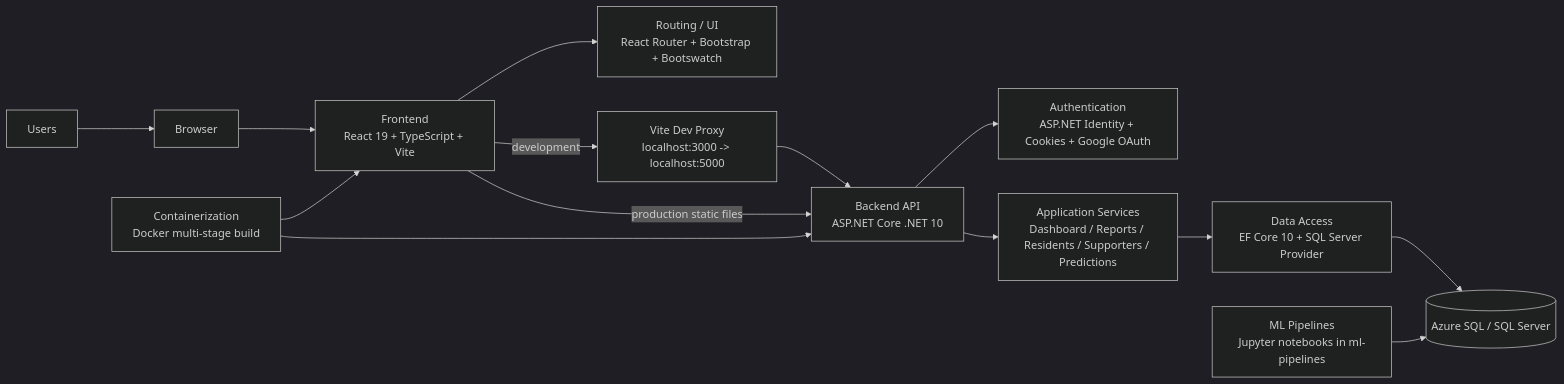
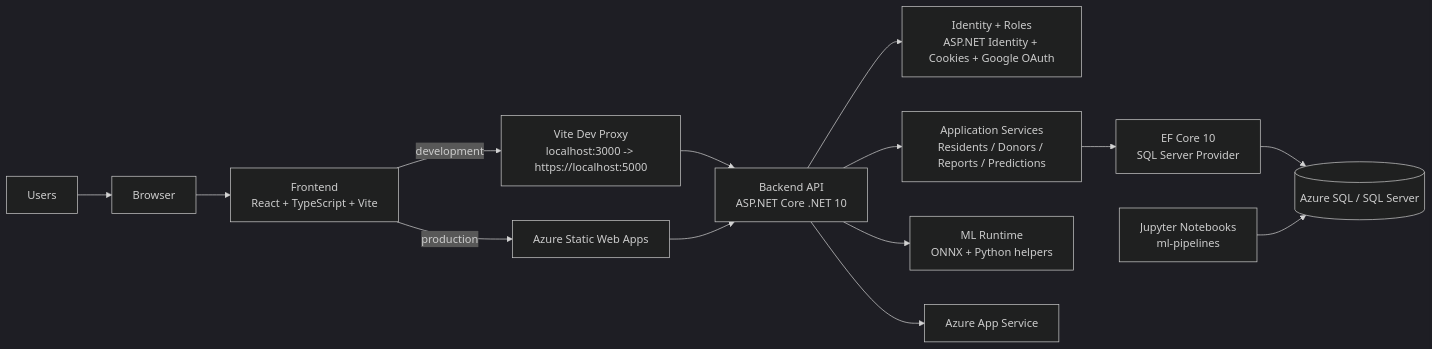
Before and after one commit to peteryoungbyu/IntexGroup1-9: the diagram in README.md, drawn with Mermaid (dark theme). The commit also changed other lines of this file, not shown here.

````diff
--- a/README.md
+++ b/README.md
@@ -5,29 +45,30 @@
 ```mermaid
 flowchart LR
     U[Users]
     B[Browser]
-    F[Frontend<br/>React 19 + TypeScript + Vite]
-    R[Routing / UI<br/>React Router + Bootstrap + Bootswatch]
-    P[Vite Dev Proxy<br/>localhost:3000 -> localhost:5000]
+    F[Frontend<br/>React + TypeScript + Vite]
+    P[Vite Dev Proxy<br/>localhost:3000 -> https://localhost:5000]
     A[Backend API<br/>ASP.NET Core .NET 10]
-    I[Authentication<br/>ASP.NET Identity + Cookies + Google OAuth]
-    S[Application Services<br/>Dashboard / Reports / Residents / Supporters / Predictions]
-    EF[Data Access<br/>EF Core 10 + SQL Server Provider]
+    I[Identity + Roles<br/>ASP.NET Identity + Cookies + Google OAuth]
+    S[Application Services<br/>Residents / Donors / Reports / Predictions]
+    EF[EF Core 10<br/>SQL Server Provider]
     DB[(Azure SQL / SQL Server)]
-    ML[ML Pipelines<br/>Jupyter notebooks in ml-pipelines]
-    D[Containerization<br/>Docker multi-stage build]
+    ML[ML Runtime<br/>ONNX + Python helpers]
+    NB[Jupyter Notebooks<br/>ml-pipelines]
+    SWA[Azure Static Web Apps]
+    APP[Azure App Service]
 
     U --> B
     B --> F
-    F --> R
     F -->|development| P
     P --> A
-    F -->|production static files| A
+    F -->|production| SWA
+    SWA --> A
     A --> I
     A --> S
     S --> EF
     EF --> DB
-    ML --> DB
-    D --> A
-    D --> F
+    NB --> DB
+    A --> ML
+    A --> APP
 ```
````
